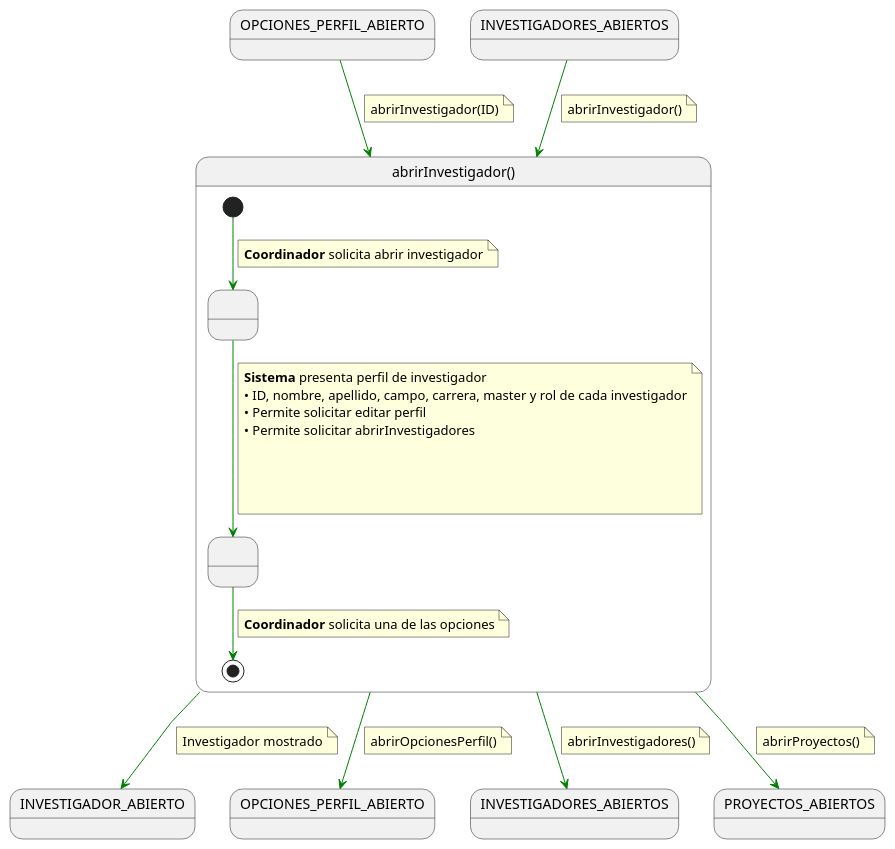
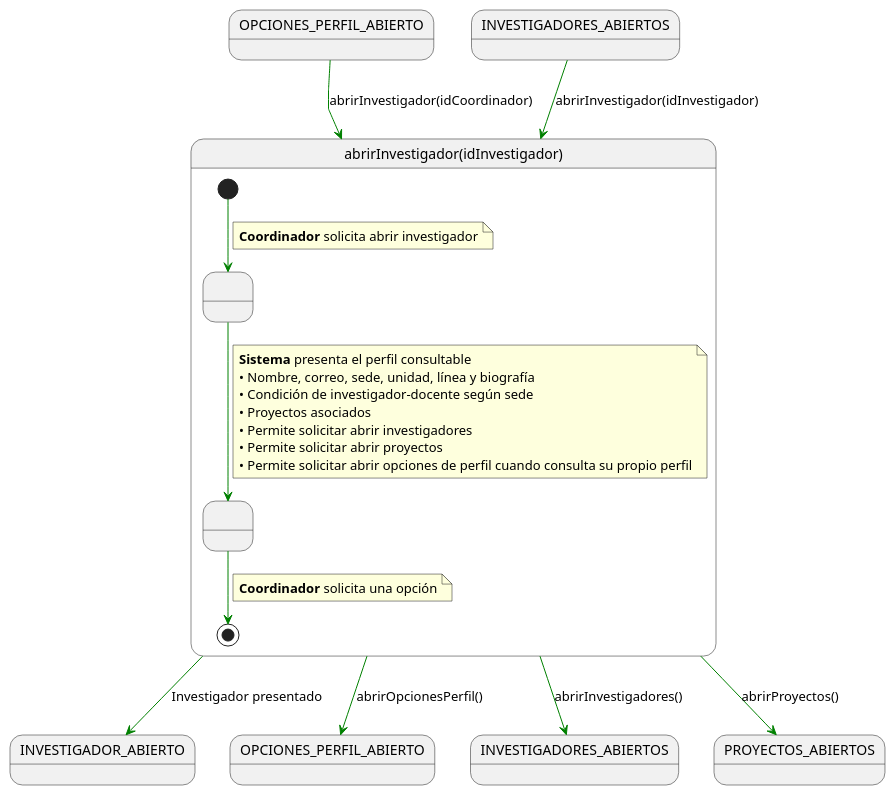
One commit to beatriizorozco/25-26-idsw2-sdVC changed the diagram in RUP/00-casos-uso/02-detalle/coordinador/abrirInvestigador/especificacion.puml. Above: the diagram before and after it, drawn with PlantUML. The commit also changed 41 other files, not shown here.

```diff
--- a/RUP/00-casos-uso/02-detalle/coordinador/abrirInvestigador/especificacion.puml
+++ b/RUP/00-casos-uso/02-detalle/coordinador/abrirInvestigador/especificacion.puml
@@ -1,67 +1,40 @@
 @startuml abrirInvestigador
-
 skinparam linetype polyline
 
-state in1 as "OPCIONES_PERFIL_ABIERTO"
-in1 -[#green]-> abrirInvestigador
-note on link
-abrirInvestigador(ID)
-end note
+state "OPCIONES_PERFIL_ABIERTO" as Perfil
+state "INVESTIGADORES_ABIERTOS" as Investigadores
 
-state in2 as "INVESTIGADORES_ABIERTOS"
-in2 -[#green]-> abrirInvestigador
-note on link
-abrirInvestigador()
-end note
+Perfil -[#green]-> abrirInvestigador: abrirInvestigador(idCoordinador)
+Investigadores -[#green]-> abrirInvestigador: abrirInvestigador(idInvestigador)
 
+state abrirInvestigador as "abrirInvestigador(idInvestigador)" {
+    state " " as ConsultandoInvestigador
+    state " " as PresentandoInvestigador
 
-state abrirInvestigador as "abrirInvestigador()" {
-
-    state " " as MostrandoLista
-    state " " as FiltrandoLista
-
-    [*] -[#green]-> MostrandoLista 
+    [*] -[#green]-> ConsultandoInvestigador
     note on link
     <b>Coordinador</b> solicita abrir investigador
-    end note    
-    
-    MostrandoLista -[#green]-> FiltrandoLista
+    end note
+
+    ConsultandoInvestigador -[#green]-> PresentandoInvestigador
     note on link
-    <b>Sistema</b> presenta perfil de investigador
-    • ID, nombre, apellido, campo, carrera, master y rol de cada investigador
-    • Permite solicitar editar perfil
-    • Permite solicitar abrirInvestigadores
+    <b>Sistema</b> presenta el perfil consultable
+    • Nombre, correo, sede, unidad, línea y biografía
+    • Condición de investigador-docente según sede
+    • Proyectos asociados
+    • Permite solicitar abrir investigadores
+    • Permite solicitar abrir proyectos
+    • Permite solicitar abrir opciones de perfil cuando consulta su propio perfil
+    end note
 
-  
-    
-
-    end note
-    FiltrandoLista -[#green]-> [*]
+    PresentandoInvestigador -[#green]-> [*]
     note on link
-    <b>Coordinador</b> solicita una de las opciones
+    <b>Coordinador</b> solicita una opción
     end note
 }
 
-abrirInvestigador -[#green]-> INVESTIGADOR_ABIERTO
-note on link
-Investigador mostrado
-end note
-
-abrirInvestigador -[#green]-> OPCIONES_PERFIL_ABIERTO
-note on link
-abrirOpcionesPerfil()
-end note
-
-abrirInvestigador -[#green]-> INVESTIGADORES_ABIERTOS
-note on link
-abrirInvestigadores()
-end note
-
-abrirInvestigador -[#green]-> PROYECTOS_ABIERTOS
-note on link
-abrirProyectos()
-end note
-
-
-
+abrirInvestigador -[#green]-> INVESTIGADOR_ABIERTO: Investigador presentado
+abrirInvestigador -[#green]-> OPCIONES_PERFIL_ABIERTO: abrirOpcionesPerfil()
+abrirInvestigador -[#green]-> INVESTIGADORES_ABIERTOS: abrirInvestigadores()
+abrirInvestigador -[#green]-> PROYECTOS_ABIERTOS: abrirProyectos()
 @enduml
```
